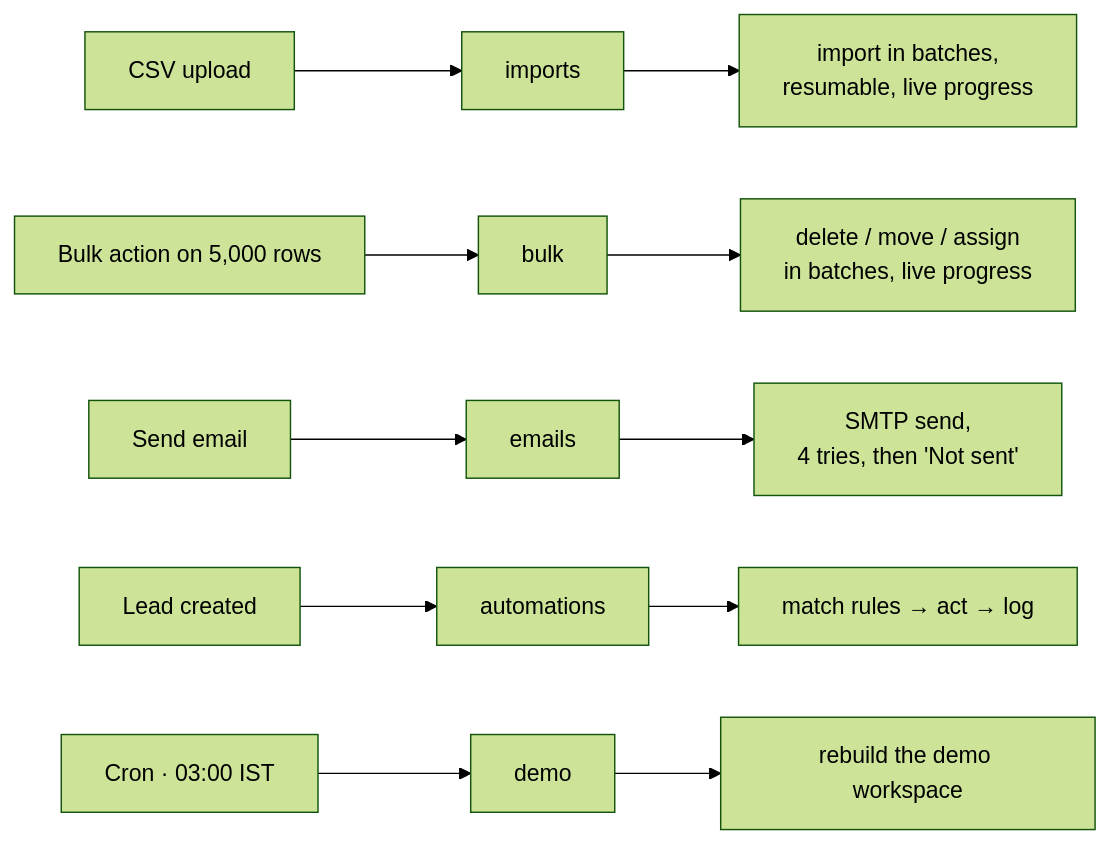
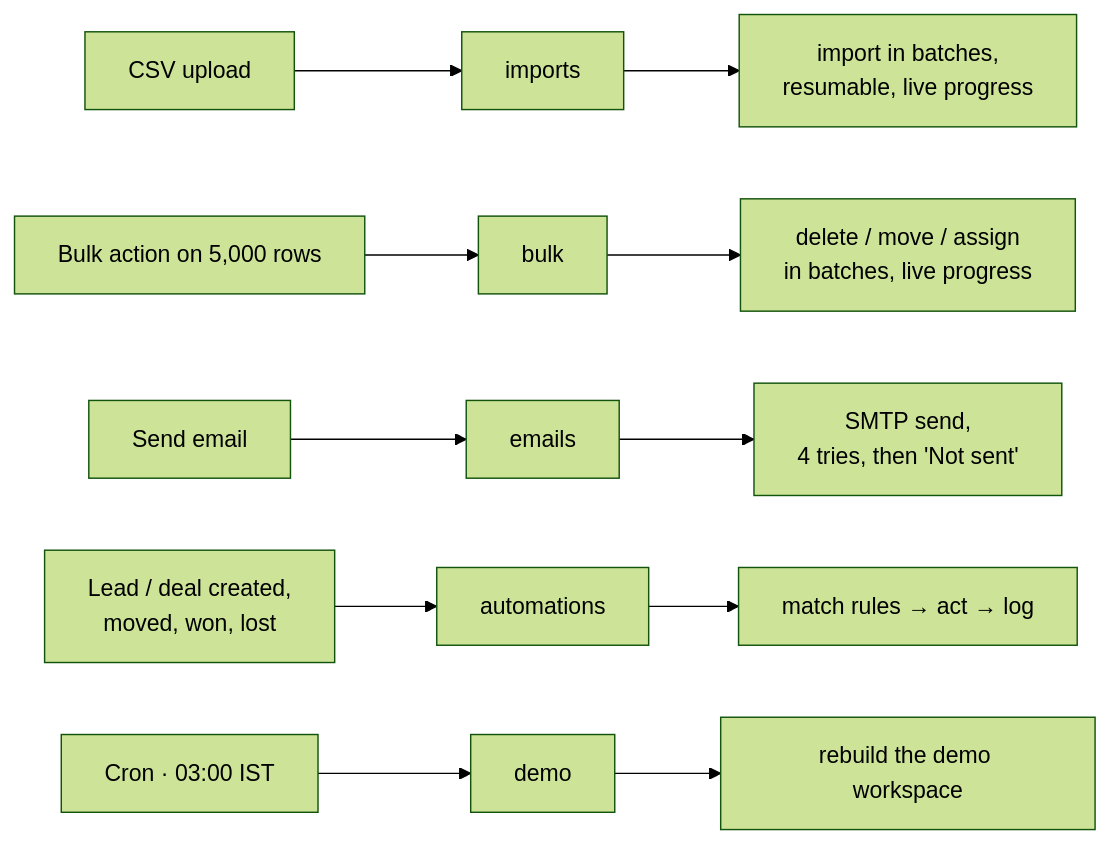
The third of 7 diagrams in README.md (kavya-thakur/crm), drawn with Mermaid (forest theme) before and after one commit. The commit also changed other lines of this file and 27 other files, not shown here.

First line of the commit message:
Automations for deals, plus stage, won and lost triggers

````diff
--- a/README.md
+++ b/README.md
@@ -290,14 +293,14 @@
 ```mermaid
 flowchart LR
     I["CSV upload"] --> QI["imports"]
     BK["Bulk action on 5,000 rows"] --> QB["bulk"]
     E["Send email"] --> QE["emails"]
-    L["Lead created"] --> QA["automations"]
+    L["Lead / deal created,<br/>moved, won, lost"] --> QA["automations"]
     C["Cron · 03:00 IST"] --> QD["demo"]
 
     QI --> WI["import in batches,<br/>resumable, live progress"]
     QB --> WB["delete / move / assign<br/>in batches, live progress"]
     QE --> WE["SMTP send,<br/>4 tries, then 'Not sent'"]
     QA --> WA["match rules → act → log"]
     QD --> WD["rebuild the demo workspace"]
 ```
````
